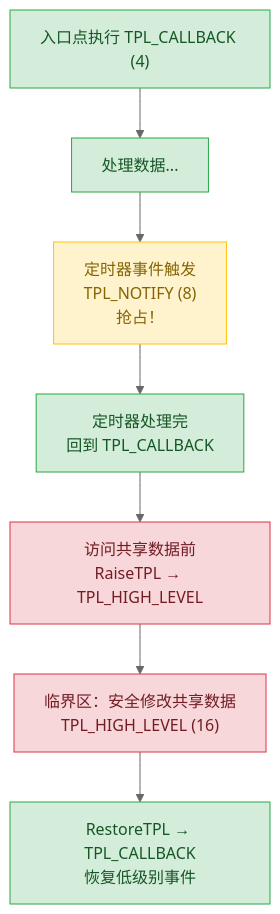
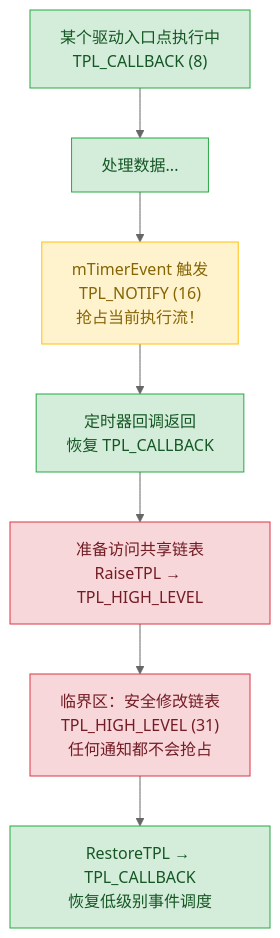
Before and after one commit to swjtuer326/cs-learning-notes: the first of 2 diagrams in edk2/06-events-tpl-depex.md, drawn with Mermaid. The commit also changed other lines of this file and 5 other files, not shown here.

````diff
--- a/edk2/06-events-tpl-depex.md
+++ b/edk2/06-events-tpl-depex.md
@@ -108,16 +110,16 @@
 ```mermaid
 %%{init: {"theme": "base", "themeVariables": {"primaryColor": "#ECECFF", "primaryTextColor": "#333333", "primaryBorderColor": "#9370DB", "lineColor": "#666666", "secondaryColor": "#ffffde", "secondaryBorderColor": "#aaaa33", "tertiaryColor": "#f0f0f0", "fontFamily": "\"trebuchet ms\", verdana, arial, sans-serif"}}}%%
 flowchart TD
-    Start["入口点执行 TPL_CALLBACK (4)"] --> Work["处理数据..."]
-    Work --> TimerInt["定时器事件触发<br/>TPL_NOTIFY (8)<br/>抢占！"]
-    TimerInt --> TimerDone["定时器处理完<br/>回到 TPL_CALLBACK"]
-    TimerDone --> CriticalRev["访问共享数据前<br/>RaiseTPL → TPL_HIGH_LEVEL"]
-    CriticalRev --> Protected["临界区：安全修改共享数据<br/>TPL_HIGH_LEVEL (16)"]
-    Protected --> Restore["RestoreTPL → TPL_CALLBACK<br/>恢复低级别事件"]
+    Entry["某个驱动入口点执行中<br/>TPL_CALLBACK (8)"] --> Work["处理数据..."]
+    Work --> TimerInt["mTimerEvent 触发<br/>TPL_NOTIFY (16)<br/>抢占当前执行流！"]
+    TimerInt --> TimerDone["定时器回调返回<br/>恢复 TPL_CALLBACK"]
+    TimerDone --> Critical["准备访问共享链表<br/>RaiseTPL → TPL_HIGH_LEVEL"]
+    Critical --> Protected["临界区：安全修改链表<br/>TPL_HIGH_LEVEL (31)<br/>任何通知都不会抢占"]
+    Protected --> Restore["RestoreTPL → TPL_CALLBACK<br/>恢复低级别事件调度"]
     classDef low fill:#d4edda,stroke:#28a745,color:#155724
     classDef preempt fill:#fff3cd,stroke:#ffc107,color:#856404
     classDef crit fill:#f8d7da,stroke:#dc3545,color:#721c24
-    class Start,Work,TimerDone,Restore low
+    class Entry,Work,TimerDone,Restore low
     class TimerInt preempt
-    class CriticalRev,Protected crit
+    class Critical,Protected crit
 ```
````
